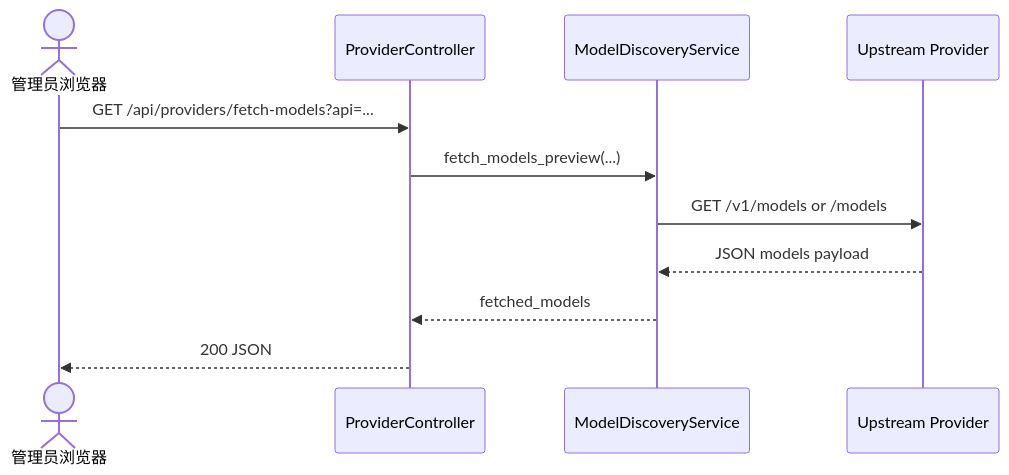
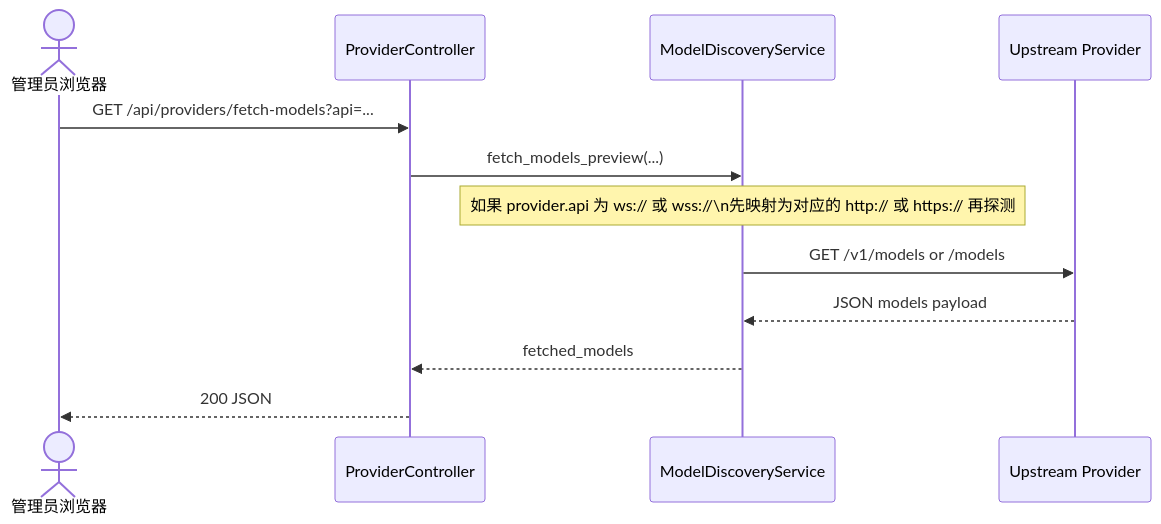
Before and after one commit to VonSdite/LLM_Proxy: the seventh of 9 diagrams in docs/architecture-4plus1.md, drawn with Mermaid. The commit also changed other lines of this file and 21 other files, not shown here.

````diff
--- a/docs/architecture-4plus1.md
+++ b/docs/architecture-4plus1.md
@@ -345,14 +349,15 @@
 ```mermaid
 sequenceDiagram
     actor Admin as 管理员浏览器
     participant ProviderCtl as ProviderController
     participant DiscoverySvc as ModelDiscoveryService
     participant Upstream as Upstream Provider
 
     Admin->>ProviderCtl: GET /api/providers/fetch-models?api=...
     ProviderCtl->>DiscoverySvc: fetch_models_preview(...)
+    Note over DiscoverySvc: 如果 provider.api 为 ws:// 或 wss://\n先映射为对应的 http:// 或 https:// 再探测
     DiscoverySvc->>Upstream: GET /v1/models or /models
     Upstream-->>DiscoverySvc: JSON models payload
     DiscoverySvc-->>ProviderCtl: fetched_models
     ProviderCtl-->>Admin: 200 JSON
 ```
````
